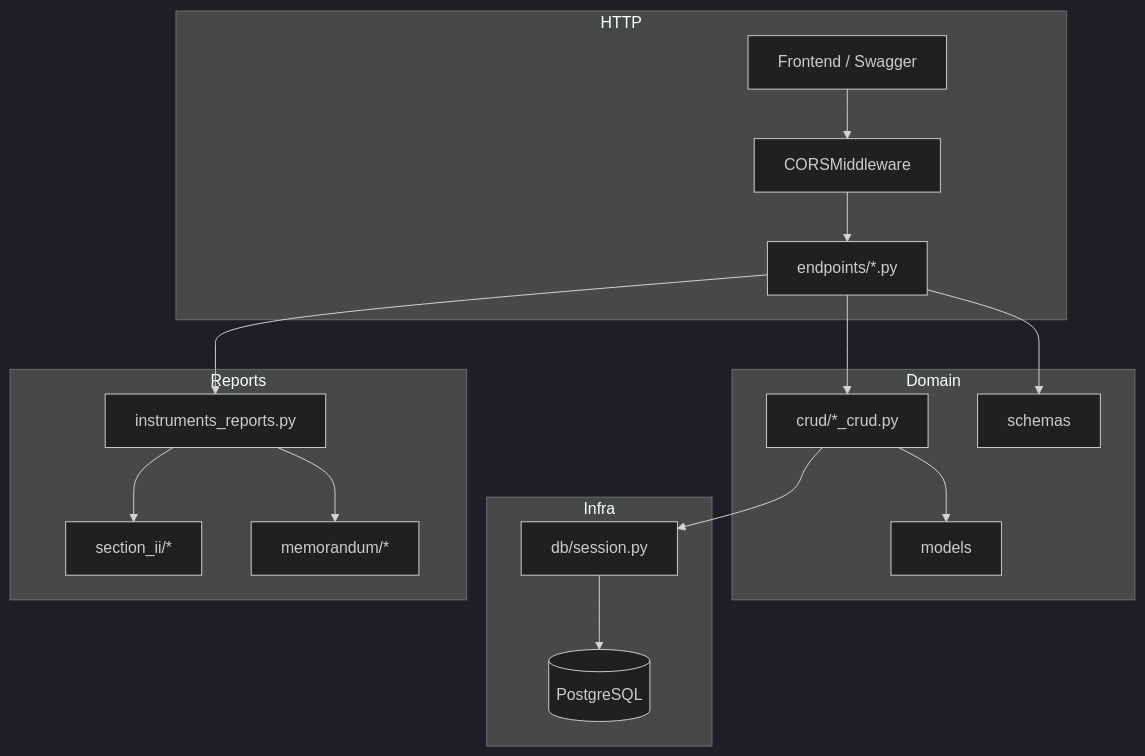
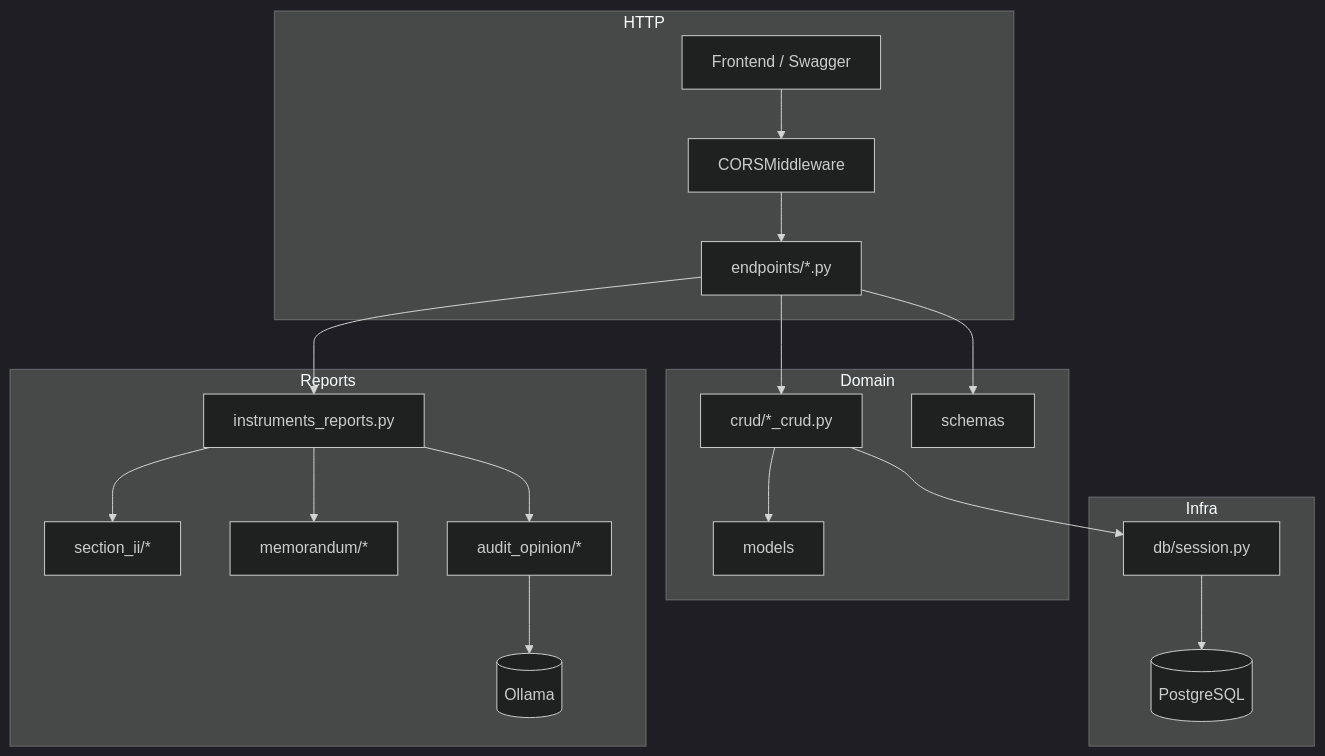
One commit to sweetd0vee/sokol changed the first of 6 diagrams in sokol-backend/docs/ARCHITECTURE.md. Above: the diagram before and after it, drawn with Mermaid (dark theme). The commit also changed other lines of this file and 51 other files, not shown here.

````diff
--- a/sokol-backend/docs/ARCHITECTURE.md
+++ b/sokol-backend/docs/ARCHITECTURE.md
@@ -34,34 +34,38 @@
 ```mermaid
 flowchart TB
   subgraph HTTP
     Client[Frontend / Swagger]
     MW[CORSMiddleware]
     EP[endpoints/*.py]
   end
 
   subgraph Domain
     CRUD[crud/*_crud.py]
     SCH[schemas]
     ORM[models]
   end
 
   subgraph Infra
     SES[db/session.py]
     PG[(PostgreSQL)]
   end
 
   subgraph Reports
     TOOLS[instruments_reports.py]
     SII[section_ii/*]
     MEM[memorandum/*]
+    AO[audit_opinion/*]
+    OLL[(Ollama)]
   end
 
   Client --> MW --> EP
   EP --> CRUD
   CRUD --> SES --> PG
   EP --> SCH
   CRUD --> ORM
   EP --> TOOLS
   TOOLS --> SII
   TOOLS --> MEM
+  TOOLS --> AO
+  AO --> OLL
 ```
````
